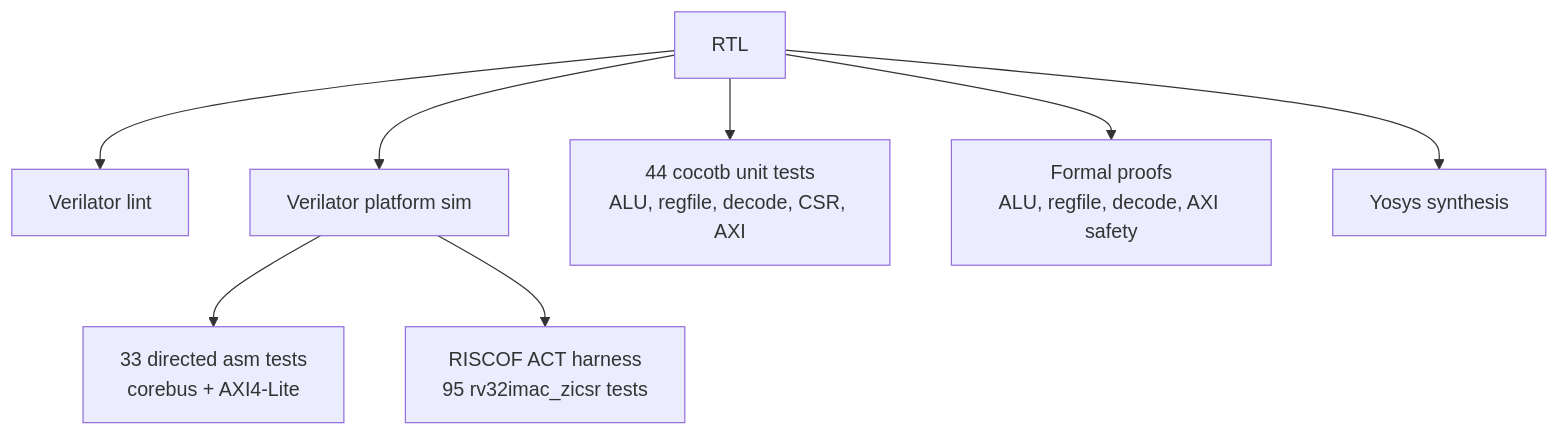
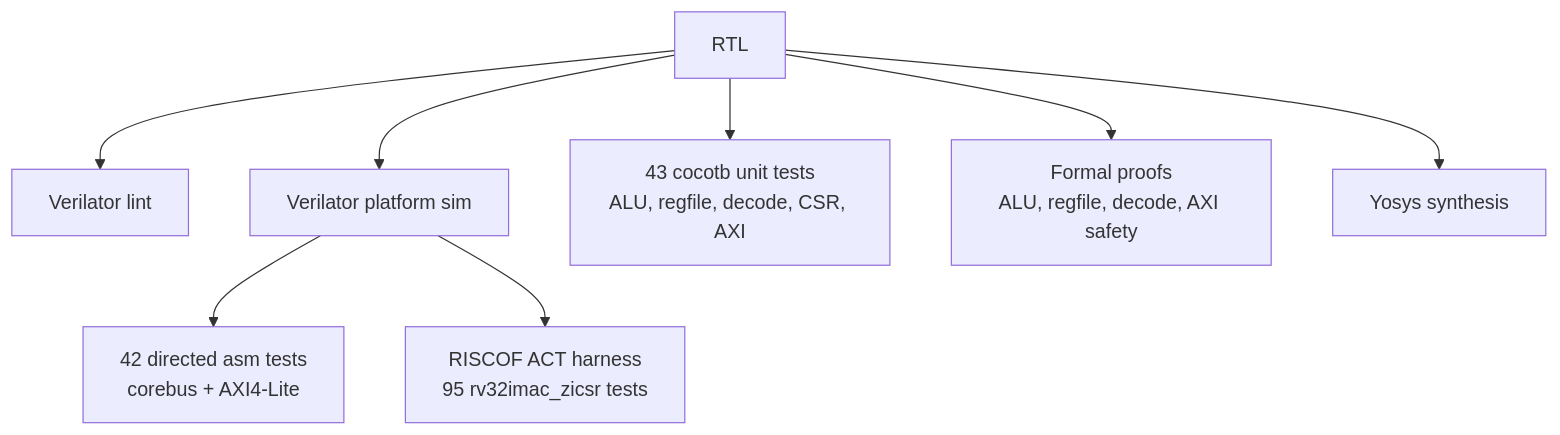
The third of 3 diagrams in README.md (kiranreddi/sisrv-platform), drawn with Mermaid before and after one commit. The commit also changed other lines of this file and 15 other files, not shown here.

````diff
--- a/README.md
+++ b/README.md
@@ -84,10 +84,10 @@
 ```mermaid
 flowchart TB
   RTL["RTL"] --> Lint["Verilator lint"]
   RTL --> Sim["Verilator platform sim"]
-  Sim --> ASM["33 directed asm tests\ncorebus + AXI4-Lite"]
-  RTL --> Cocotb["44 cocotb unit tests\nALU, regfile, decode, CSR, AXI"]
+  Sim --> ASM["42 directed asm tests\ncorebus + AXI4-Lite"]
+  RTL --> Cocotb["43 cocotb unit tests\nALU, regfile, decode, CSR, AXI"]
   RTL --> Formal["Formal proofs\nALU, regfile, decode, AXI safety"]
   RTL --> Synth["Yosys synthesis"]
   Sim --> RISCOF["RISCOF ACT harness\n95 rv32imac_zicsr tests"]
 ```
````
